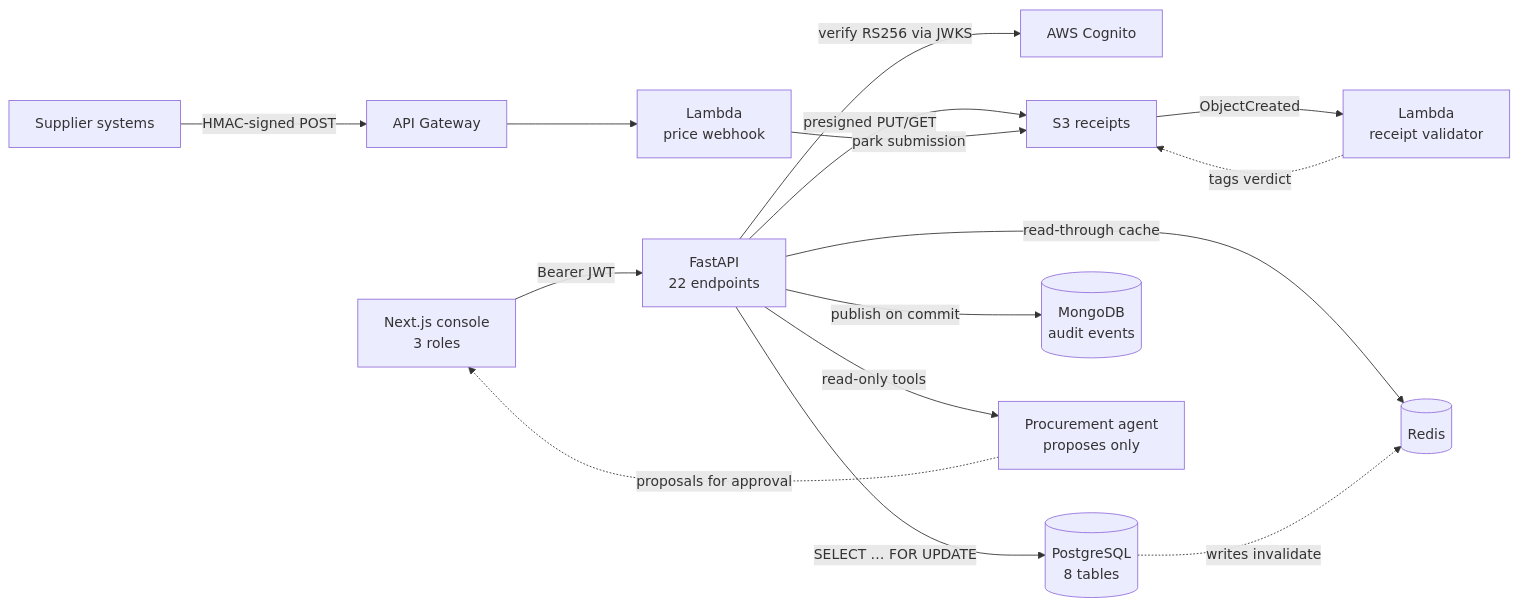
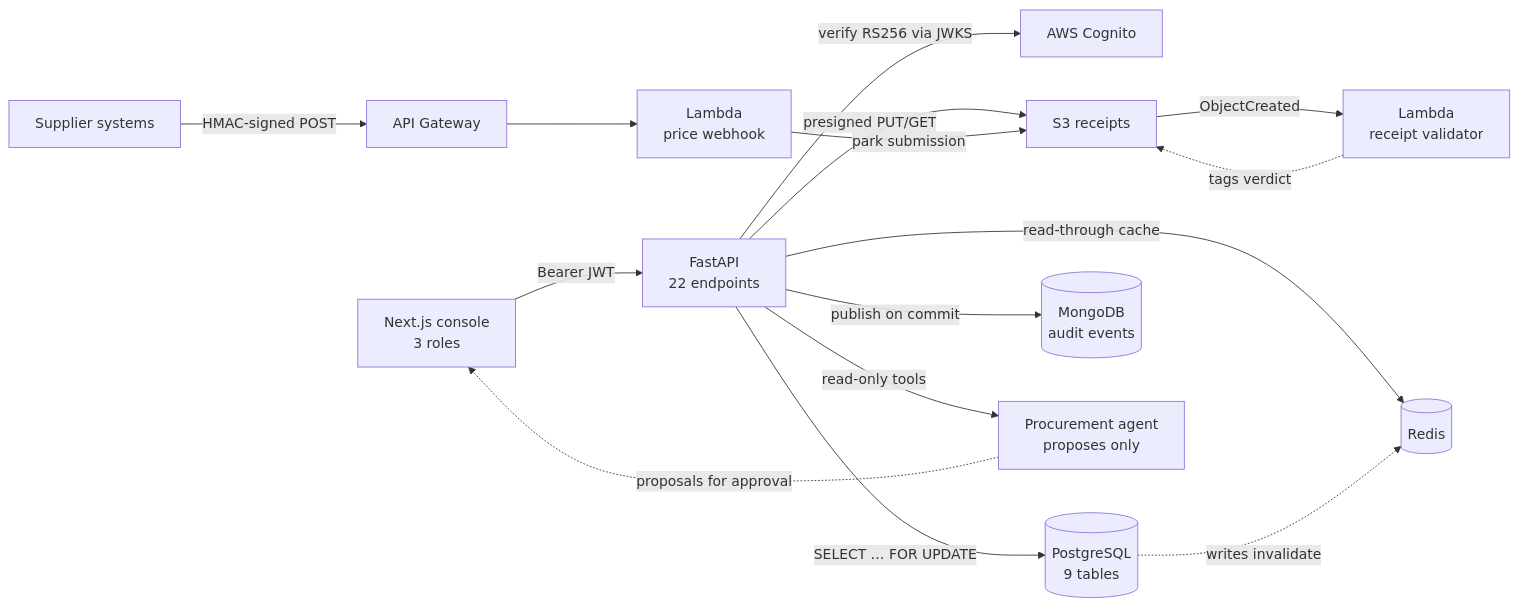
One commit to kingmars2022/stockroom-warehouse-system changed the diagram in TECHNICAL.md. Above: the diagram before and after it, drawn with Mermaid. The commit also changed other lines of this file, not shown here.

Commit message:
docs: the schema is nine tables, not eight
It was eight at the initial migration and gained processed_submissions with
20260915, which is also when this count went stale. Both places that carried
it — the diagram and the stack table — now agree with Base.metadata.

Claude-Session: https://claude.ai/code/session_0166eUTPxuN7DX5wggLg5hbd

````diff
--- a/TECHNICAL.md
+++ b/TECHNICAL.md
@@ -16,17 +16,17 @@
 ```mermaid
 flowchart LR
     B["Next.js console<br/>3 roles"] -->|"Bearer JWT"| A["FastAPI<br/>22 endpoints"]
     A -->|"verify RS256 via JWKS"| C["AWS Cognito"]
-    A -->|"SELECT … FOR UPDATE"| D[("PostgreSQL<br/>8 tables")]
+    A -->|"SELECT … FOR UPDATE"| D[("PostgreSQL<br/>9 tables")]
     A -->|"read-through cache"| R[("Redis")]
     A -->|"presigned PUT/GET"| S["S3 receipts"]
     A -->|"publish on commit"| M[("MongoDB<br/>audit events")]
     D -.->|"writes invalidate"| R
     A -->|"read-only tools"| AG["Procurement agent<br/>proposes only"]
     AG -.->|"proposals for approval"| B
     SUP["Supplier systems"] -->|"HMAC-signed POST"| G["API Gateway"]
     G --> L2["Lambda<br/>price webhook"]
     L2 -->|"park submission"| S
     S -->|"ObjectCreated"| L1["Lambda<br/>receipt validator"]
     L1 -.->|"tags verdict"| S
 ```
````
